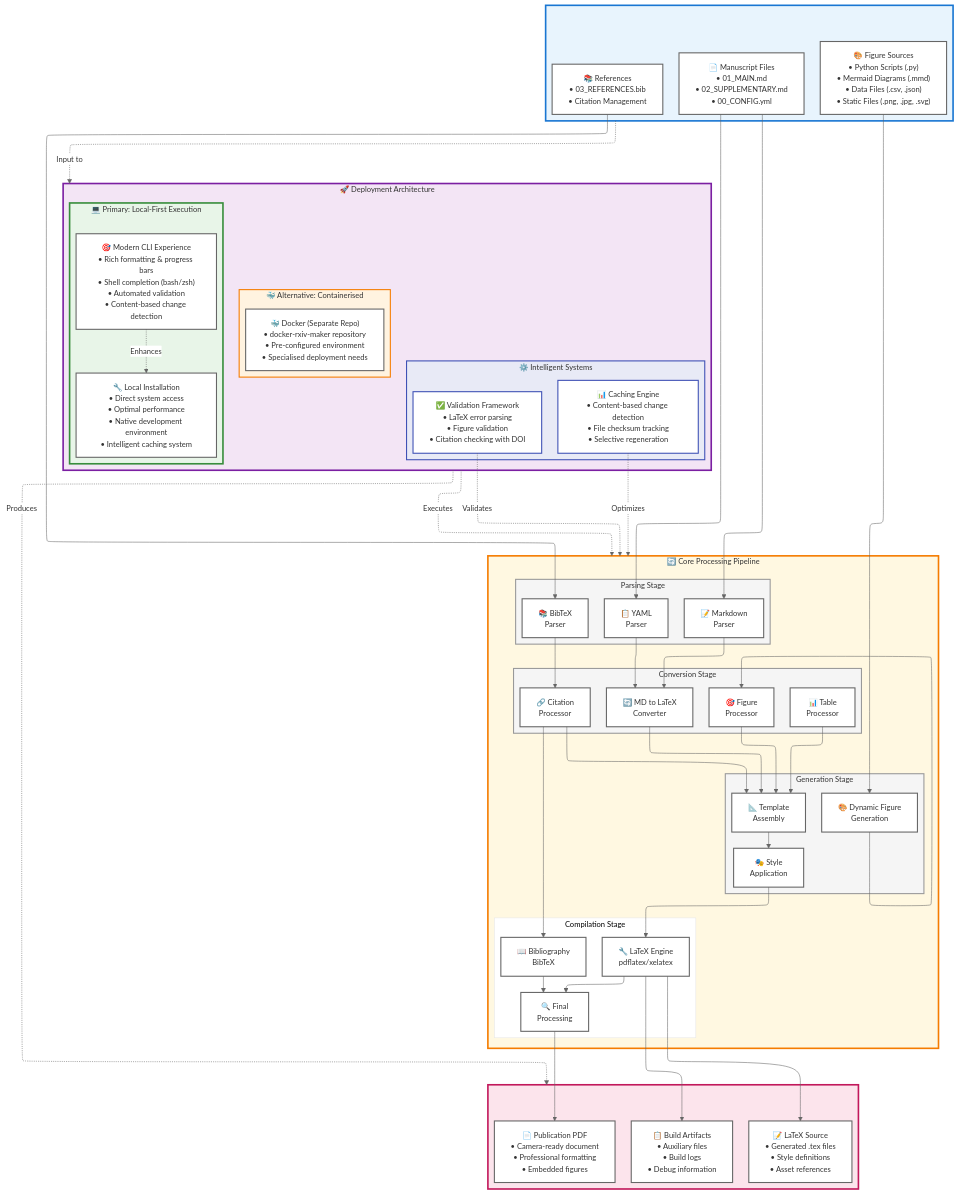
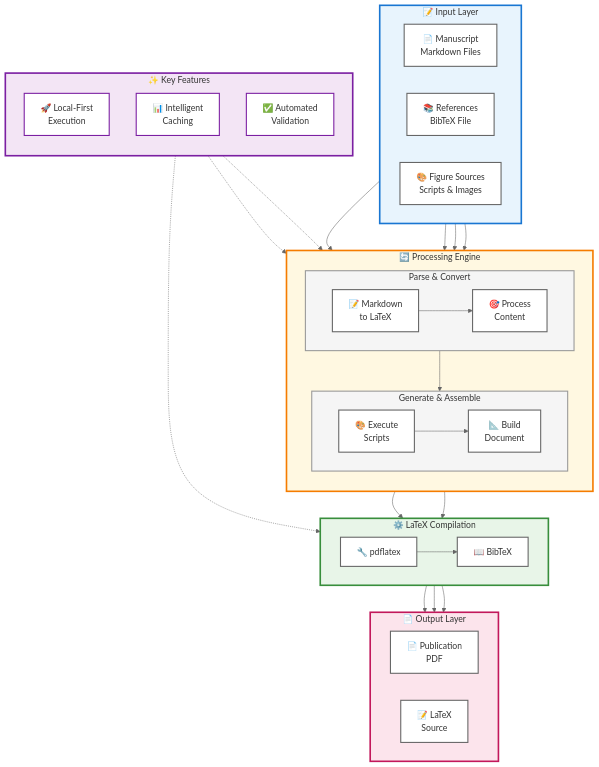
One commit to HenriquesLab/rxiv-maker changed the diagram in EXAMPLE_MANUSCRIPT/FIGURES/SFigure__architecture.mmd. Above: the diagram before and after it, drawn with Mermaid. The commit also changed 44 other files, not shown here.

First line of the commit message:
refactor: streamline ecosystem architecture and improve infrastructure (#171)

```diff
--- a/EXAMPLE_MANUSCRIPT/FIGURES/SFigure__architecture.mmd
+++ b/EXAMPLE_MANUSCRIPT/FIGURES/SFigure__architecture.mmd
@@ -1,148 +1,95 @@
 ---
 config:
   theme: base
   themeVariables:
-    fontFamily: 'Arial, Helvetica, sans-serif'
-    fontSize: 14px
+    fontFamily: ''
+    fontSize: 16px
     primaryColor: '#ffffff'
     primaryTextColor: '#333333'
     primaryBorderColor: '#cccccc'
     lineColor: '#666666'
     background: '#ffffff'
-  layout: elk
+  layout: dagre
 ---
 flowchart TD
- subgraph A[" "]
+ subgraph INPUT["📝 Input Layer"]
+    direction LR
+        A1["📄 Manuscript<br>Markdown Files"]
+        A2["📚 References<br>BibTeX File"]
+        A3["🎨 Figure Sources<br>Scripts &amp; Images"]
+  end
+ subgraph PARSE["Parse & Convert"]
+    direction LR
+        B1["📝 Markdown<br>to LaTeX"]
+        B2["🎯 Process<br>Content"]
+  end
+ subgraph GEN["Generate & Assemble"]
+    direction LR
+        C1["🎨 Execute<br>Scripts"]
+        C2["📐 Build<br>Document"]
+  end
+ subgraph PROCESS["🔄 Processing Engine"]
     direction TB
-      A1["📄 Manuscript Files<br>• 01_MAIN.md<br>• 02_SUPPLEMENTARY.md<br>• 00_CONFIG.yml"]
-      A2["📚 References<br>• 03_REFERENCES.bib<br>• Citation Management"]
-      A3["🎨 Figure Sources<br>• Python Scripts (.py)<br>• Mermaid Diagrams (.mmd)<br>• Data Files (.csv, .json)<br>• Static Files (.png, .jpg, .svg)"]
+        PARSE
+        GEN
   end
-
- subgraph CORE["🔄 Core Processing Pipeline"]
+ subgraph COMPILE["⚙️ LaTeX Compilation"]
+    direction LR
+        D1["🔧 pdflatex"]
+        D2["📖 BibTeX"]
+  end
+ subgraph OUTPUT["📄 Output Layer"]
+    direction LR
+        E1["📄 Publication<br>PDF"]
+        E2["📝 LaTeX<br>Source"]
+  end
+ subgraph FEATURES["✨ Key Features"]
     direction TB
-    subgraph B1[Parsing Stage]
-      direction LR
-          B1A["📝 Markdown<br>Parser"]
-          B1B["📋 YAML<br>Parser"]
-          B1C["📚 BibTeX<br>Parser"]
-    end
-    subgraph B2[Conversion Stage]
-      direction LR
-          B2A["🔄 MD to LaTeX<br>Converter"]
-          B2B["🎯 Figure<br>Processor"]
-          B2C["📊 Table<br>Processor"]
-          B2D["🔗 Citation<br>Processor"]
-    end
-    subgraph B3[Generation Stage]
-      direction LR
-          B3A["🎨 Dynamic Figure<br>Generation"]
-          B3B["📐 Template<br>Assembly"]
-          B3C["🎭 Style<br>Application"]
-    end
-    subgraph C[Compilation Stage]
-      direction LR
-          C1["🔧 LaTeX Engine<br>pdflatex/xelatex"]
-          C2["📖 Bibliography<br>BibTeX"]
-          C3["🔍 Final<br>Processing"]
-    end
+        F1["🚀 Local-First<br>Execution"]
+        F2["📊 Intelligent<br>Caching"]
+        F3["✅ Automated<br>Validation"]
   end
-
- subgraph D[" "]
-    direction TB
-        D1["📄 Publication PDF<br>• Camera-ready document<br>• Professional formatting<br>• Embedded figures"]
-        D2["📝 LaTeX Source<br>• Generated .tex files<br>• Style definitions<br>• Asset references"]
-        D3["📋 Build Artifacts<br>• Auxiliary files<br>• Build logs<br>• Debug information"]
-  end
-
- subgraph DEPLOY["🚀 Deployment Architecture"]
-    direction TB
-    subgraph PRIMARY["💻 Primary: Local-First Execution"]
-      direction TB
-      L1["🔧 Local Installation<br>• Direct system access<br>• Optimal performance<br>• Native development environment<br>• Intelligent caching system"]
-      L1_FEATURES["🎯 Modern CLI Experience<br>• Rich formatting & progress bars<br>• Shell completion (bash/zsh)<br>• Automated validation<br>• Content-based change detection"]
-    end
-    subgraph ALTERNATIVE["🐳 Alternative: Containerised"]
-      direction TB
-      L2["🐳 Docker (Separate Repo)<br>• docker-rxiv-maker repository<br>• Pre-configured environment<br>• Specialised deployment needs"]
-    end
-    subgraph SYSTEMS["⚙️ Intelligent Systems"]
-      direction TB
-      SYS1["📊 Caching Engine<br>• Content-based change detection<br>• File checksum tracking<br>• Selective regeneration"]
-      SYS2["✅ Validation Framework<br>• LaTeX error parsing<br>• Figure validation<br>• Citation checking with DOI"]
-    end
-  end
-
-    A1 --> B1A & B1B
-    A2 --> B1C
-    A3 --> B3A
-    B1A --> B2A
-    B1B --> B2A
-    B1C --> B2D
-    B2A --> B3B
-    B2B --> B3B
-    B2C --> B3B
-    B2D --> B3B & C2
-    B3A --> B2B
-    B3B --> B3C
-    B3C --> C1
-    C1 --> C3 & D2 & D3
-    C2 --> C3
-    C3 --> D1
-
-    %% Show that deployment environments execute the core pipeline
-    DEPLOY -.-> |"Executes"| CORE
-    A -.-> |"Input to"| DEPLOY
-    DEPLOY -.-> |"Produces"| D
-
-    %% Show intelligent systems integration
-    SYS1 -.-> |"Optimizes"| CORE
-    SYS2 -.-> |"Validates"| CORE
-    L1_FEATURES -.-> |"Enhances"| L1
-
-    A1:::componentBox
-    A2:::componentBox
-    A3:::componentBox
-    B1A:::componentBox
-    B1B:::componentBox
-    B1C:::componentBox
-    B2A:::componentBox
-    B2B:::componentBox
-    B2C:::componentBox
-    B2D:::componentBox
-    B3A:::componentBox
-    B3B:::componentBox
-    B3C:::componentBox
-    C1:::componentBox
-    C2:::componentBox
-    C3:::componentBox
-    D1:::componentBox
-    D2:::componentBox
-    D3:::componentBox
-    L1:::envBox
-    L1_FEATURES:::envBox
-    L2:::envBox
-    SYS1:::systemBox
-    SYS2:::systemBox
-    A:::inputBox
-    CORE:::processBox
-    D:::outputBox
-    DEPLOY:::deployBox
-    PRIMARY:::primaryBox
-    ALTERNATIVE:::alternativeBox
-    SYSTEMS:::systemsBox
-    B1:::stageBox
-    B2:::stageBox
-    B3:::stageBox
-
+    INPUT --> PROCESS
+    PROCESS --> COMPILE
+    COMPILE --> OUTPUT
+    A1 --> B1
+    A2 --> B2
+    A3 --> C1
+    B1 --> B2
+    B2 --> C2
+    C1 --> C2
+    C2 --> D1
+    D1 --> D2 & E2
+    D2 --> E1
+    FEATURES -.-> PROCESS
+    F2 -.-> C1
+    F3 -.-> COMPILE
+     A1:::componentBox
+     A2:::componentBox
+     A3:::componentBox
+     B1:::componentBox
+     B2:::componentBox
+     C1:::componentBox
+     C2:::componentBox
+     PARSE:::stageBox
+     GEN:::stageBox
+     D1:::componentBox
+     D2:::componentBox
+     E1:::componentBox
+     E2:::componentBox
+     F1:::featureComponent
+     F2:::featureComponent
+     F3:::featureComponent
+     INPUT:::inputBox
+     PROCESS:::processBox
+     COMPILE:::compileBox
+     OUTPUT:::outputBox
+     FEATURES:::featureBox
     classDef inputBox fill:#e8f4fd,stroke:#1976d2,stroke-width:3px,color:#333
     classDef processBox fill:#fff8e1,stroke:#f57c00,stroke-width:3px,color:#333
+    classDef compileBox fill:#e8f5e8,stroke:#388e3c,stroke-width:3px,color:#333
     classDef outputBox fill:#fce4ec,stroke:#c2185b,stroke-width:3px,color:#333
-    classDef deployBox fill:#f3e5f5,stroke:#7b1fa2,stroke-width:3px,color:#333
-    classDef primaryBox fill:#e8f5e8,stroke:#388e3c,stroke-width:3px,color:#333
-    classDef alternativeBox fill:#fff3e0,stroke:#f57c00,stroke-width:2px,color:#333
-    classDef systemsBox fill:#e8eaf6,stroke:#3f51b5,stroke-width:2px,color:#333
-    classDef systemBox fill:#ffffff,stroke:#3f51b5,stroke-width:2px,color:#333
-    classDef envBox fill:#ffffff,stroke:#666666,stroke-width:2px,color:#333
+    classDef featureBox fill:#f3e5f5,stroke:#7b1fa2,stroke-width:3px,color:#333
     classDef stageBox fill:#f5f5f5,stroke:#999999,stroke-width:2px,color:#333
     classDef componentBox fill:#ffffff,stroke:#666666,stroke-width:2px,color:#333
+    classDef featureComponent fill:#ffffff,stroke:#7b1fa2,stroke-width:2px,color:#333
```
